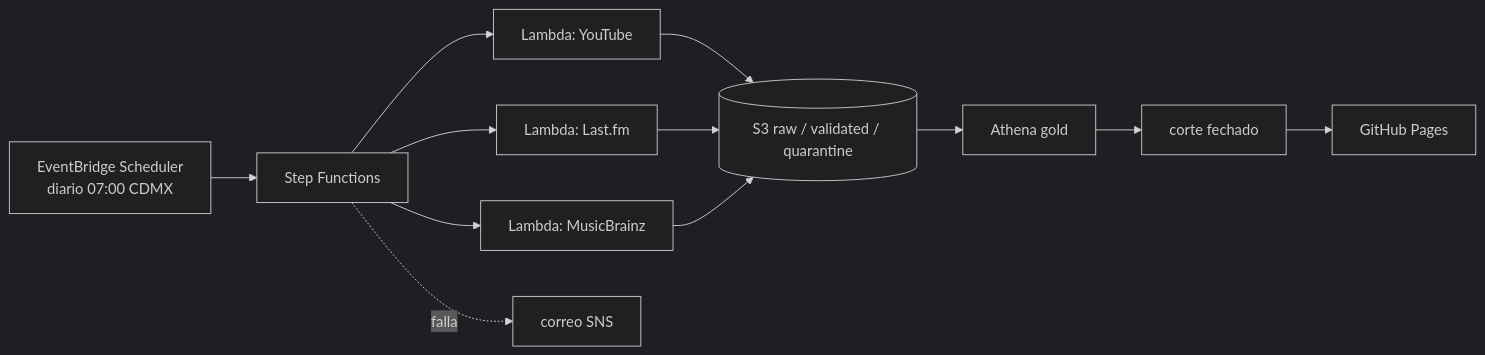
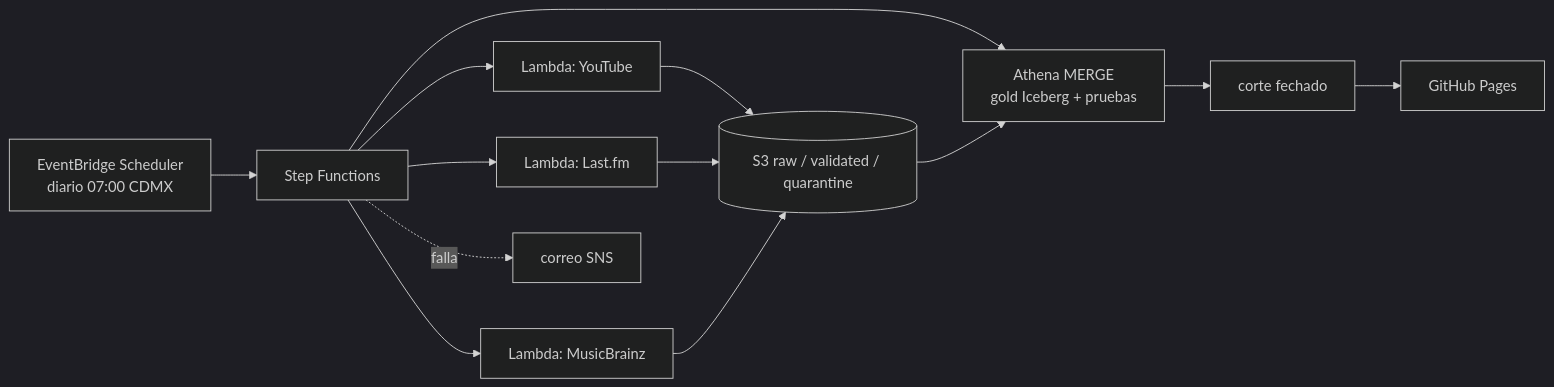
One commit to dataengileb/kpop-comeback-thermometer changed the diagram in README.es.md. Above: the diagram before and after it, drawn with Mermaid (dark theme). The commit also changed other lines of this file and 4 other files, not shown here.

First line of the commit message:
Add phase 2: gold Iceberg tables in Athena

````diff
--- a/README.es.md
+++ b/README.es.md
@@ -11,8 +11,9 @@
 ```mermaid
 flowchart LR
   S[EventBridge Scheduler<br/>diario 07:00 CDMX] --> SF[Step Functions]
   SF --> Y[Lambda: YouTube] & L[Lambda: Last.fm] & M[Lambda: MusicBrainz]
   Y & L & M --> B[(S3 raw / validated / quarantine)]
-  B --> A[Athena gold] --> E[corte fechado] --> P[GitHub Pages]
+  SF --> A[Athena MERGE<br/>gold Iceberg + pruebas]
+  B --> A --> E[corte fechado] --> P[GitHub Pages]
   SF -. falla .-> N[correo SNS]
 ```
````
